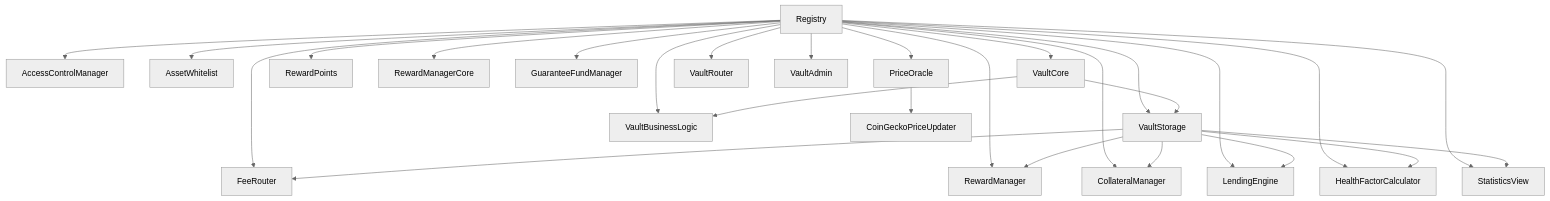
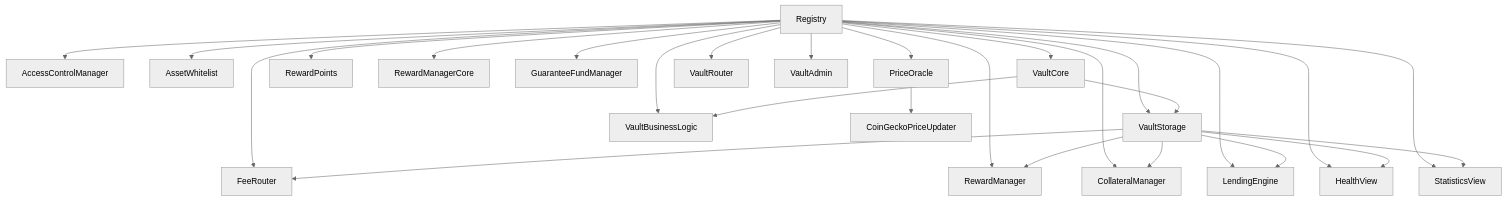
One commit to Anyawb/contracts changed the diagram in docs/FRONTEND_CONTRACTS_INTEGRATION.md. Above: the diagram before and after it, drawn with Mermaid (neutral theme). The commit also changed other lines of this file and 347 other files, not shown here.

````diff
--- a/docs/FRONTEND_CONTRACTS_INTEGRATION.md
+++ b/docs/FRONTEND_CONTRACTS_INTEGRATION.md
@@ -258,29 +260,29 @@
 ```mermaid
 graph TD
   Registry --> AccessControlManager
   Registry --> AssetWhitelist
   Registry --> PriceOracle
   Registry --> FeeRouter
   Registry --> RewardPoints
   Registry --> RewardManagerCore
   Registry --> RewardManager
   Registry --> CollateralManager
   Registry --> LendingEngine
-  Registry --> HealthFactorCalculator
+  Registry --> HealthView
   Registry --> StatisticsView
   Registry --> GuaranteeFundManager
   Registry --> VaultStorage
   Registry --> VaultCore
   Registry --> VaultBusinessLogic
   Registry --> VaultRouter
   Registry --> VaultAdmin
   PriceOracle --> CoinGeckoPriceUpdater
   VaultStorage --> CollateralManager
   VaultStorage --> LendingEngine
-  VaultStorage --> HealthFactorCalculator
+  VaultStorage --> HealthView
   VaultStorage --> StatisticsView
   VaultStorage --> FeeRouter
   VaultStorage --> RewardManager
   VaultCore --> VaultStorage
   VaultCore --> VaultBusinessLogic
 ```
````
